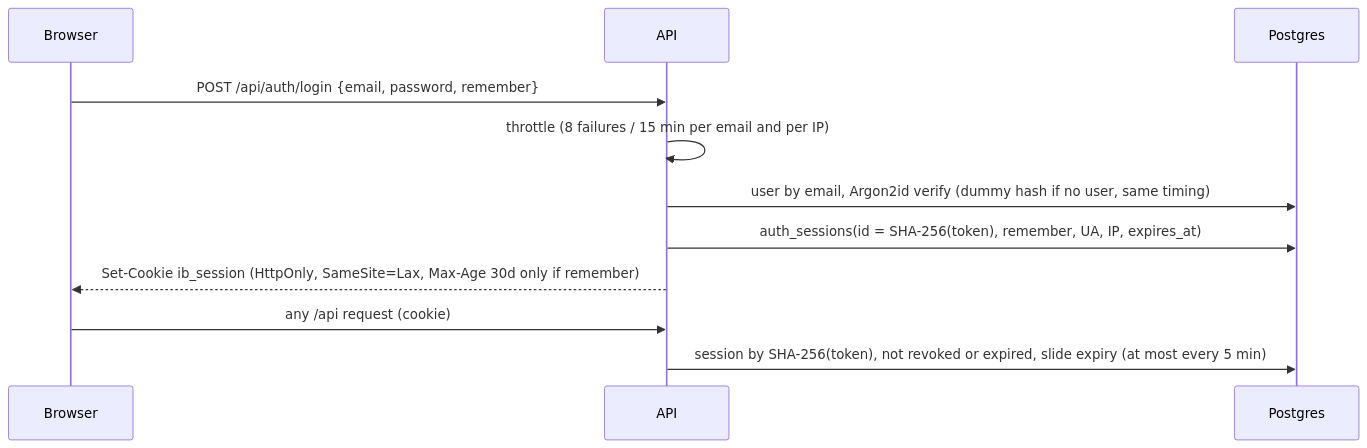
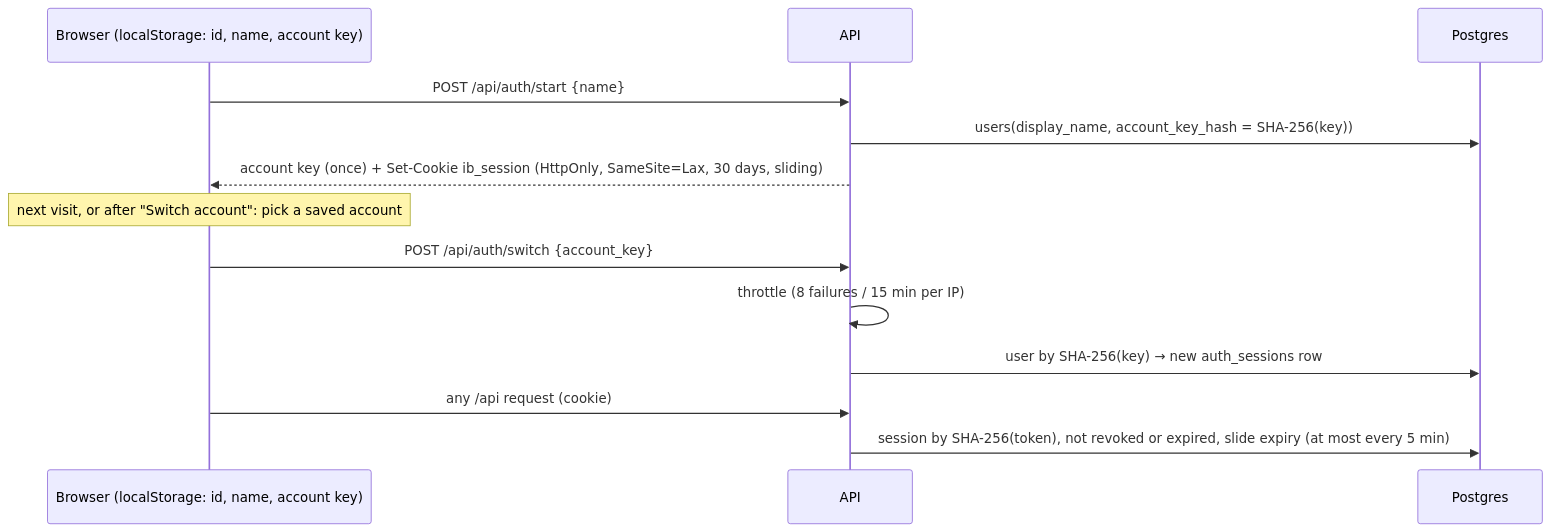
One commit to AryanJaiswal1003/interviewbud changed diagram 15 of 18 in docs/architecture.md. Above: the diagram before and after it, drawn with Mermaid. The commit also changed other lines of this file and 1 other file, not shown here.

````diff
--- a/docs/architecture.md
+++ b/docs/architecture.md
@@ -776,13 +778,15 @@
 ```mermaid
 sequenceDiagram
-    participant B as Browser
+    participant B as Browser (localStorage: id, name, account key)
     participant A as API
     participant DB as Postgres
-    B->>A: POST /api/auth/login {email, password, remember}
-    A->>A: throttle (8 failures / 15 min per email and per IP)
-    A->>DB: user by email, Argon2id verify (dummy hash if no user, same timing)
-    A->>DB: auth_sessions(id = SHA-256(token), remember, UA, IP, expires_at)
-    A-->>B: Set-Cookie ib_session (HttpOnly, SameSite=Lax, Max-Age 30d only if remember)
+    B->>A: POST /api/auth/start {name}
+    A->>DB: users(display_name, account_key_hash = SHA-256(key))
+    A-->>B: account key (once) + Set-Cookie ib_session (HttpOnly, SameSite=Lax, 30 days, sliding)
+    Note over B: next visit, or after "Switch account": pick a saved account
+    B->>A: POST /api/auth/switch {account_key}
+    A->>A: throttle (8 failures / 15 min per IP)
+    A->>DB: user by SHA-256(key) → new auth_sessions row
     B->>A: any /api request (cookie)
     A->>DB: session by SHA-256(token), not revoked or expired, slide expiry (at most every 5 min)
 ```
````
